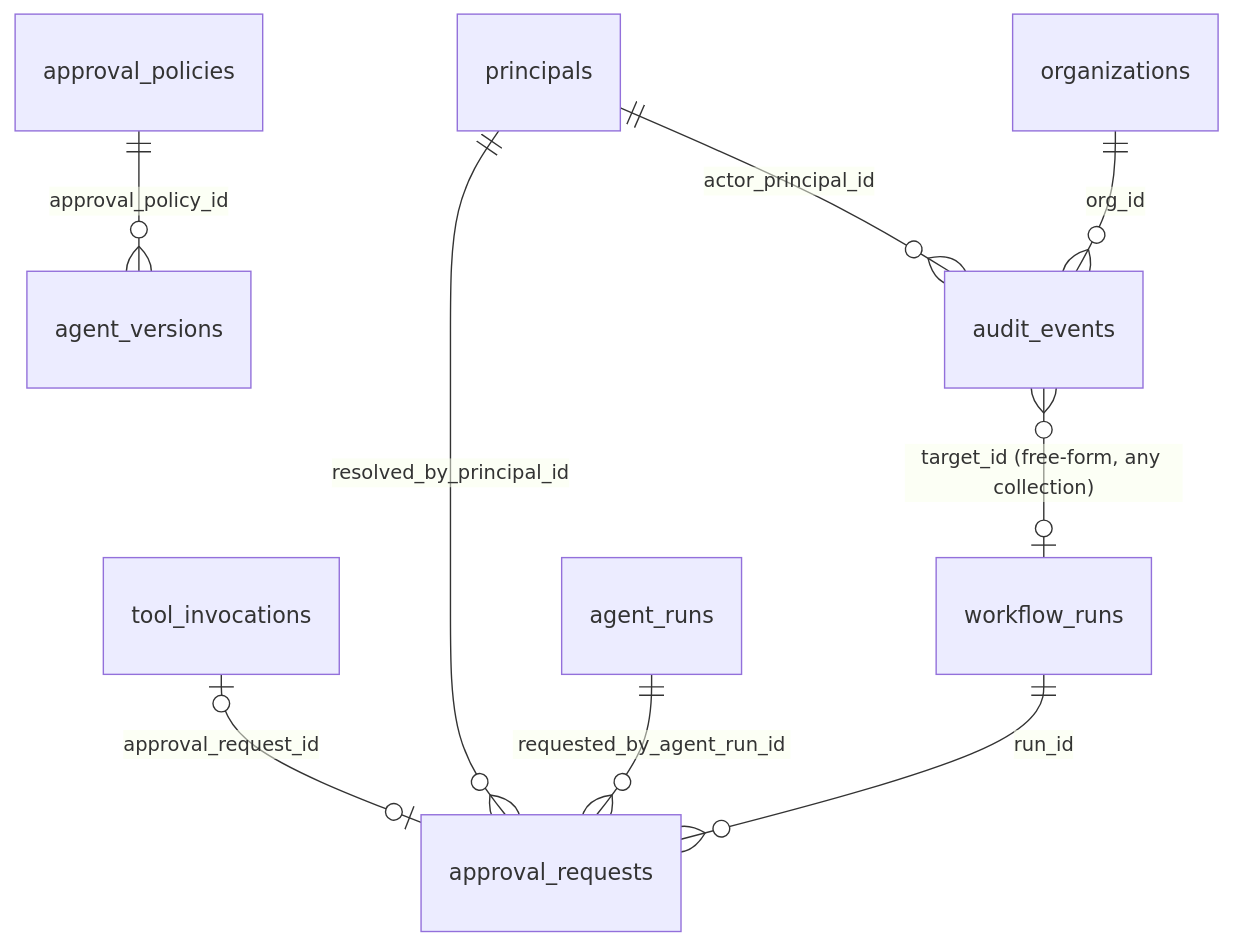
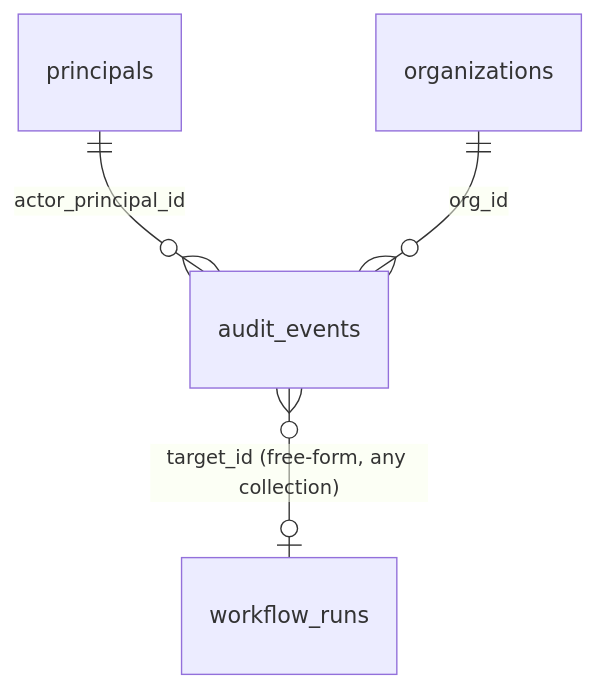
One commit to weavelabs-pvt-ltd/weaves changed the eighth of 9 diagrams in docs/data-model/er-diagrams.md. Above: the diagram before and after it, drawn with Mermaid. The commit also changed other lines of this file and 86 other files, not shown here.

````diff
--- a/docs/data-model/er-diagrams.md
+++ b/docs/data-model/er-diagrams.md
@@ -197,11 +195,6 @@
 ```mermaid
 erDiagram
-    approval_policies ||--o{ agent_versions : "approval_policy_id"
-    tool_invocations |o--o| approval_requests : "approval_request_id"
-    workflow_runs ||--o{ approval_requests : "run_id"
-    agent_runs ||--o{ approval_requests : "requested_by_agent_run_id"
-    principals ||--o{ approval_requests : "resolved_by_principal_id"
     principals ||--o{ audit_events : "actor_principal_id"
     organizations ||--o{ audit_events : "org_id"
     audit_events }o--o| workflow_runs : "target_id (free-form, any collection)"
 ```
````
